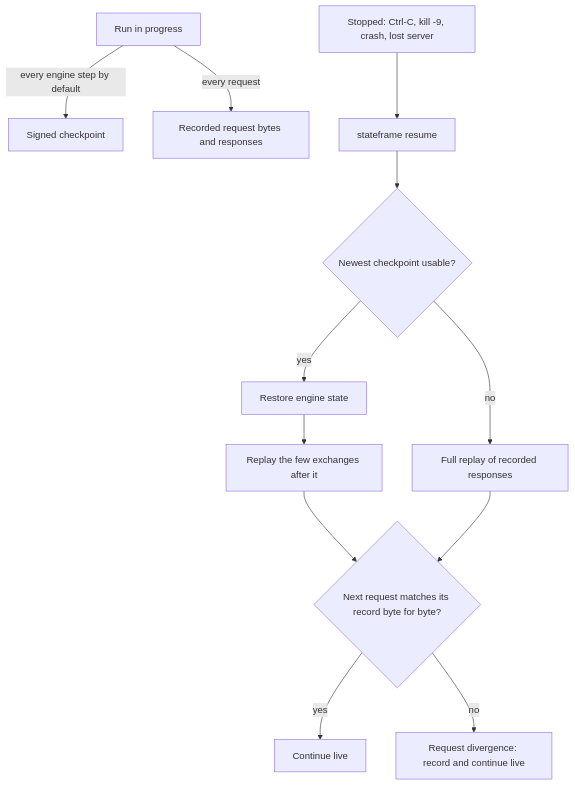
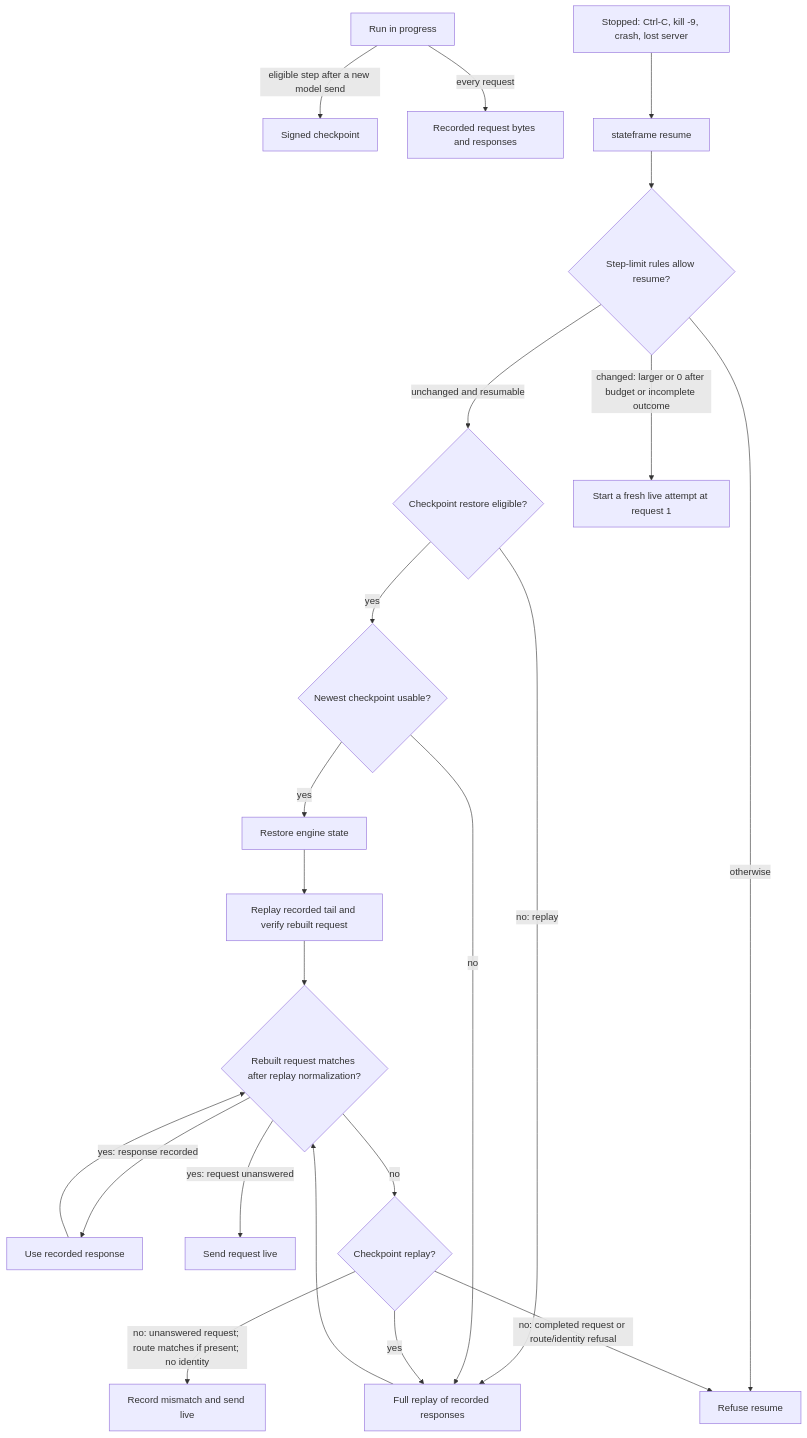
The fourth of 7 diagrams in ARCHITECTURE.md (FarsideResearch/StateFrame), drawn with Mermaid before and after one commit. The commit also changed other lines of this file and 72 other files, not shown here.

````diff
--- a/ARCHITECTURE.md
+++ b/ARCHITECTURE.md
@@ -68,14 +68,24 @@
 ```mermaid
 flowchart TB
-    RUN[Run in progress] -->|every engine step by default| CP[Signed checkpoint]
+    RUN[Run in progress] -->|eligible step after a new model send| CP[Signed checkpoint]
     RUN -->|every request| REC[Recorded request bytes and responses]
     X[Stopped: Ctrl-C, kill -9, crash, lost server] --> RS[stateframe resume]
-    RS --> L{Newest checkpoint usable?}
+    RS --> LIM{Step-limit rules allow resume?}
+    LIM -->|unchanged and resumable| EL{Checkpoint restore eligible?}
+    LIM -->|changed: larger or 0 after budget or incomplete outcome| NEW[Start a fresh live attempt at request 1]
+    LIM -->|otherwise| REF[Refuse resume]
+    EL -->|yes| L{Newest checkpoint usable?}
+    EL -->|no: replay| FULL[Full replay of recorded responses]
     L -->|yes| LD[Restore engine state]
-    LD --> RP[Replay the few exchanges after it]
-    L -->|no| FULL[Full replay of recorded responses]
-    RP --> CHK{Next request matches its record byte for byte?}
+    LD --> RP[Replay recorded tail and verify rebuilt request]
+    L -->|no| FULL
+    RP --> CHK{Rebuilt request matches after replay normalization?}
     FULL --> CHK
-    CHK -->|yes| LIVE[Continue live]
-    CHK -->|no| DIV[Request divergence: record and continue live]
+    CHK -->|yes: response recorded| REP[Use recorded response]
+    REP --> CHK
+    CHK -->|yes: request unanswered| LIVE[Send request live]
+    CHK -->|no| MODE{Checkpoint replay?}
+    MODE -->|yes| FULL
+    MODE -->|no: completed request or route/identity refusal| REF
+    MODE -->|no: unanswered request; route matches if present; no identity| DIV[Record mismatch and send live]
 ```
````
